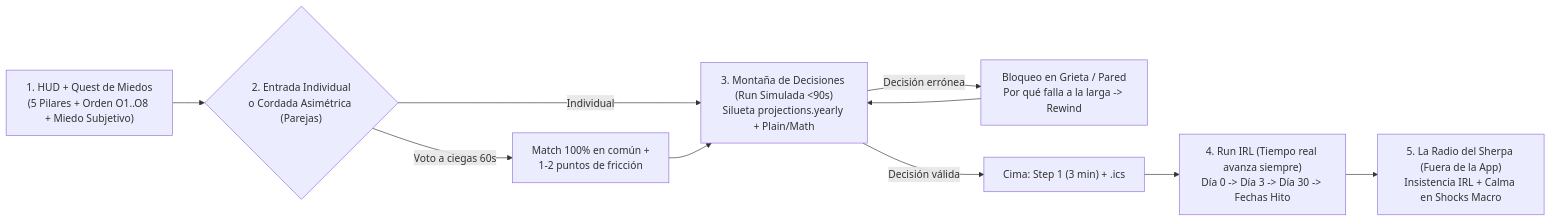
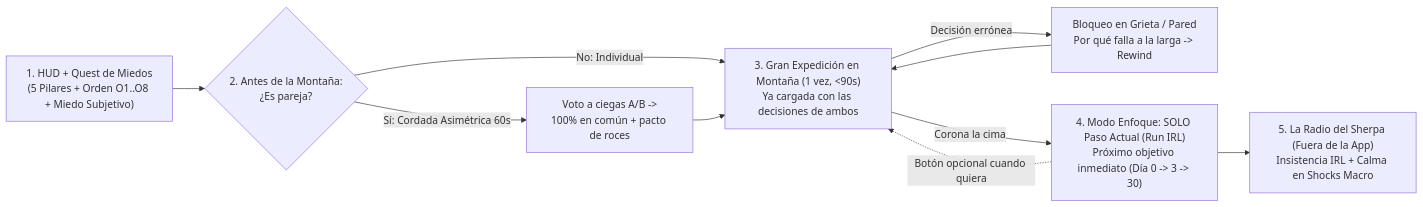
Before and after one commit to Gabriel-Borras/Sherpas-MaximosLocales: the diagram in docs/BIBLIA_FINAL_V1.md, drawn with Mermaid. The commit also changed other lines of this file, not shown here.

Commit message:
docs: aclarar orden parejas antes de montana y vista de paso actual tras cima

````diff
--- a/docs/BIBLIA_FINAL_V1.md
+++ b/docs/BIBLIA_FINAL_V1.md
@@ -28,12 +28,12 @@
 ```mermaid
 flowchart LR
-    A["1. HUD + Quest de Miedos\n(5 Pilares + Orden O1..O8 + Miedo Subjetivo)"] --> B{"2. Entrada Individual\no Cordada Asimétrica (Parejas)"}
-    B -->|Voto a ciegas 60s| C["Match 100% en común +\n1-2 puntos de fricción"]
-    B -->|Individual| D["3. Montaña de Decisiones (Run Simulada <90s)\nSilueta projections.yearly + Plain/Math"]
+    A["1. HUD + Quest de Miedos\n(5 Pilares + Orden O1..O8 + Miedo Subjetivo)"] --> B{"2. Antes de la Montaña:\n¿Es pareja?"}
+    B -->|Sí: Cordada Asimétrica 60s| C["Voto a ciegas A/B ->\n100% en común + pacto de roces"]
+    B -->|No: Individual| D["3. Gran Expedición en Montaña (1 vez, <90s)\nYa cargada con las decisiones de ambos"]
     C --> D
     D -->|Decisión errónea| E["Bloqueo en Grieta / Pared\nPor qué falla a la larga -> Rewind"]
     E --> D
-    D -->|Decisión válida| F["Cima: Step 1 (3 min) + .ics"]
-    F --> G["4. Run IRL (Tiempo real avanza siempre)\nDía 0 -> Día 3 -> Día 30 -> Fechas Hito"]
-    G --> H["5. La Radio del Sherpa (Fuera de la App)\nInsistencia IRL + Calma en Shocks Macro"]
+    D -->|Corona la cima| F["4. Modo Enfoque: SOLO Paso Actual (Run IRL)\nPróximo objetivo inmediato (Día 0 -> 3 -> 30)"]
+    F -.->|"Botón opcional cuando quiera"| D
+    F --> G["5. La Radio del Sherpa (Fuera de la App)\nInsistencia IRL + Calma en Shocks Macro"]
 ```
````
